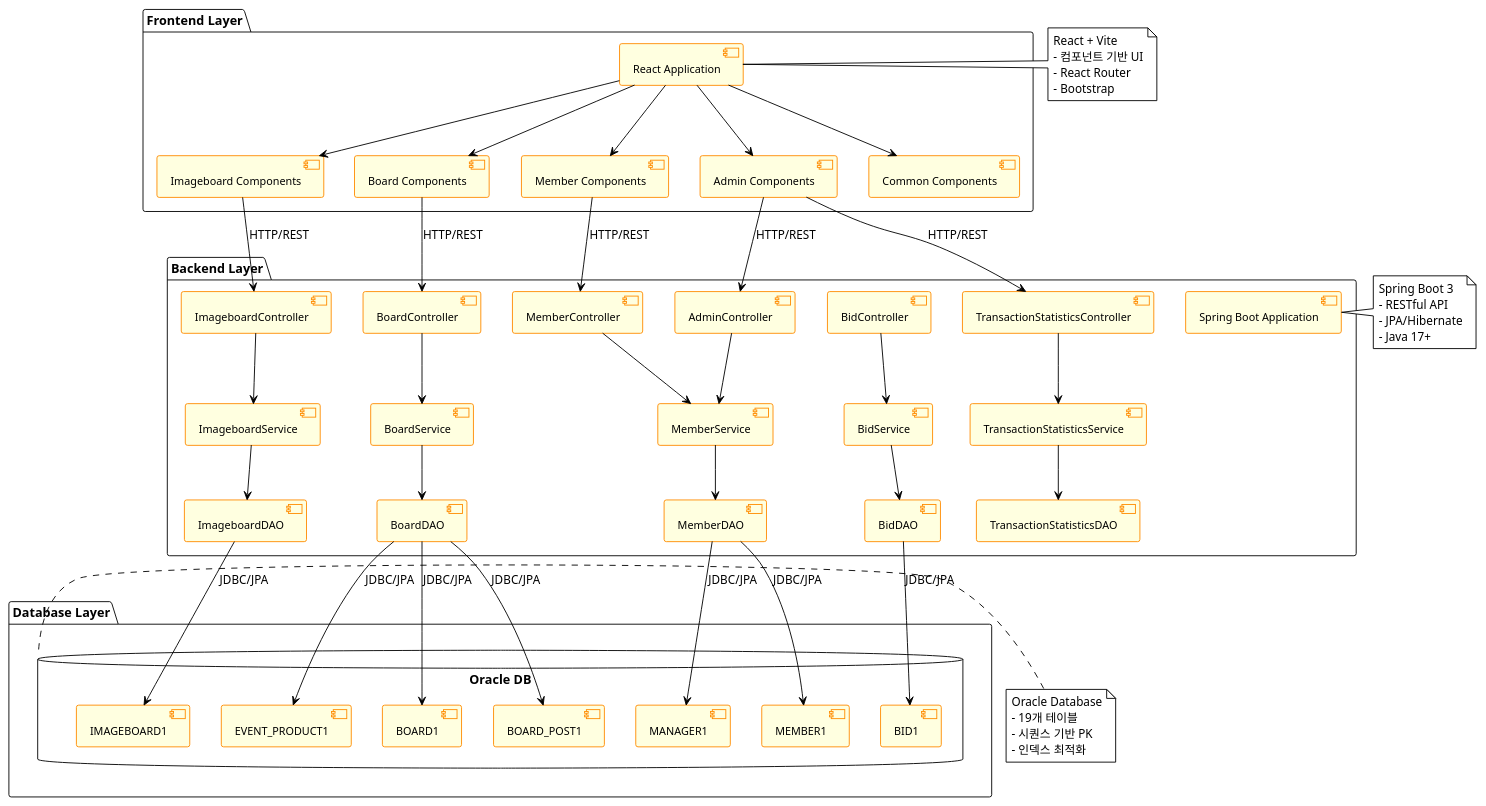
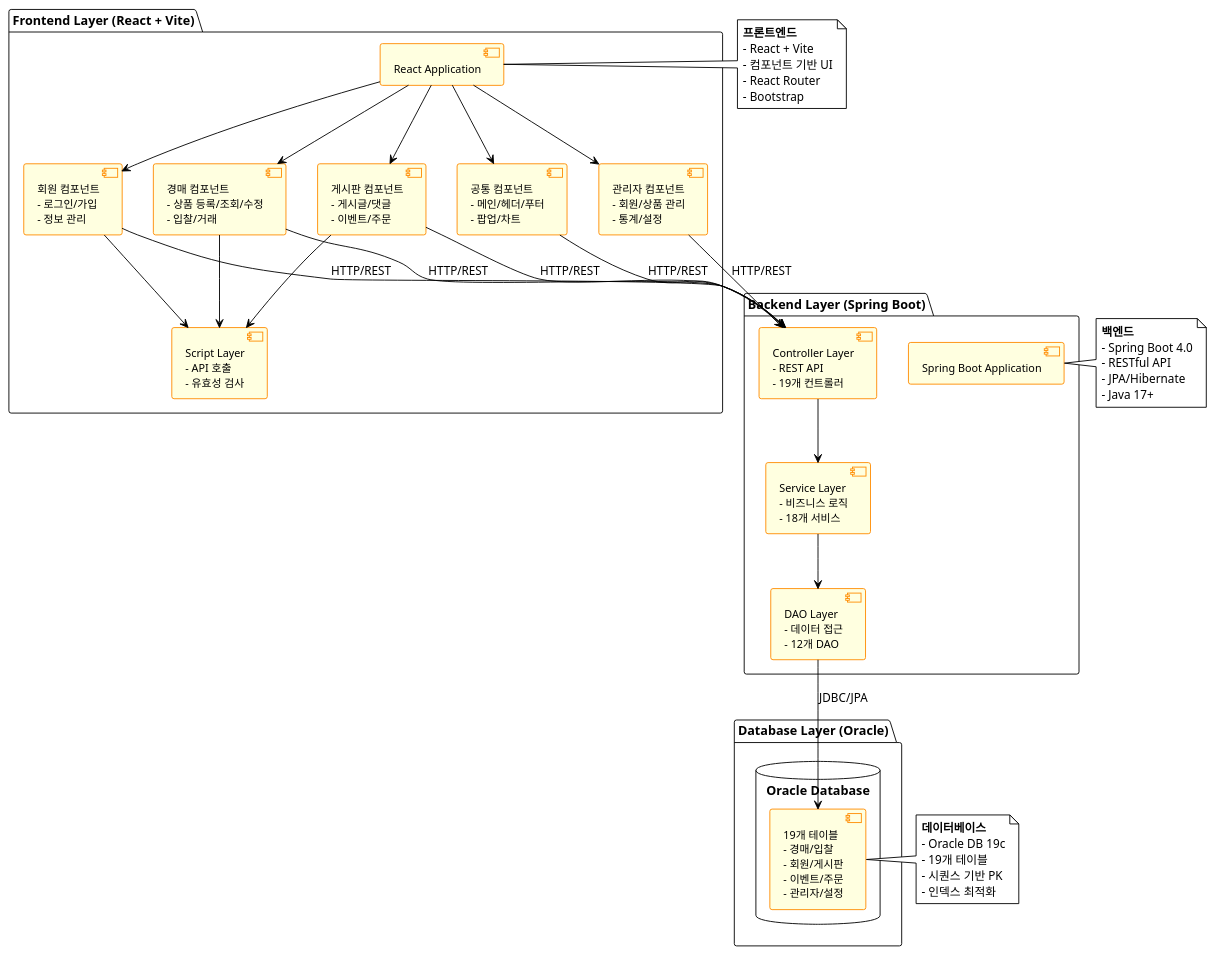
Before and after one commit to snlee1004/goldauction: the diagram in UML/component_diagram.puml, drawn with PlantUML. The commit also changed other lines of this file and 27 other files, not shown here.

```diff
--- a/UML/component_diagram.puml
+++ b/UML/component_diagram.puml
@@ -1,112 +1,79 @@
 @startuml 컴포넌트_다이어그램_시스템_아키텍처
 !theme plain
 skinparam defaultFontName "Malgun Gothic"
 skinparam component {
     BackgroundColor LightYellow
     BorderColor DarkOrange
     FontSize 12
 }
 
-package "Frontend Layer" {
+package "Frontend Layer (React + Vite)" {
     [React Application] as ReactApp
-    component [Imageboard Components] as ImageboardComp
-    component [Member Components] as MemberComp
-    component [Board Components] as BoardComp
-    component [Admin Components] as AdminComp
-    component [Common Components] as CommonComp
+    component [경매 컴포넌트\n- 상품 등록/조회/수정\n- 입찰/거래] as ImageboardComp
+    component [회원 컴포넌트\n- 로그인/가입\n- 정보 관리] as MemberComp
+    component [게시판 컴포넌트\n- 게시글/댓글\n- 이벤트/주문] as BoardComp
+    component [관리자 컴포넌트\n- 회원/상품 관리\n- 통계/설정] as ManagerComp
+    component [공통 컴포넌트\n- 메인/헤더/푸터\n- 팝업/차트] as CommonComp
+    component [Script Layer\n- API 호출\n- 유효성 검사] as ScriptComp
 }
 
-package "Backend Layer" {
+package "Backend Layer (Spring Boot)" {
     [Spring Boot Application] as SpringApp
-    component [ImageboardController] as ImageboardCtrl
-    component [MemberController] as MemberCtrl
-    component [BoardController] as BoardCtrl
-    component [BidController] as BidCtrl
-    component [AdminController] as AdminCtrl
-    component [TransactionStatisticsController] as StatsCtrl
-    
-    component [ImageboardService] as ImageboardSvc
-    component [MemberService] as MemberSvc
-    component [BoardService] as BoardSvc
-    component [BidService] as BidSvc
-    component [TransactionStatisticsService] as StatsSvc
-    
-    component [ImageboardDAO] as ImageboardDAO
-    component [MemberDAO] as MemberDAO
-    component [BoardDAO] as BoardDAO
-    component [BidDAO] as BidDAO
-    component [TransactionStatisticsDAO] as StatsDAO
+    component [Controller Layer\n- REST API\n- 19개 컨트롤러] as ControllerLayer
+    component [Service Layer\n- 비즈니스 로직\n- 18개 서비스] as ServiceLayer
+    component [DAO Layer\n- 데이터 접근\n- 12개 DAO] as DAOLayer
 }
 
-package "Database Layer" {
-    database "Oracle DB" {
-        [IMAGEBOARD1] as ImageboardTable
-        [BID1] as BidTable
-        [MEMBER1] as MemberTable
-        [BOARD1] as BoardTable
-        [BOARD_POST1] as BoardPostTable
-        [EVENT_PRODUCT1] as EventProductTable
-        [MANAGER1] as ManagerTable
+package "Database Layer (Oracle)" {
+    database "Oracle Database" {
+        [19개 테이블\n- 경매/입찰\n- 회원/게시판\n- 이벤트/주문\n- 관리자/설정] as OracleDB
     }
 }
 
 ' Frontend 연결
 ReactApp --> ImageboardComp
 ReactApp --> MemberComp
 ReactApp --> BoardComp
-ReactApp --> AdminComp
+ReactApp --> ManagerComp
 ReactApp --> CommonComp
+ImageboardComp --> ScriptComp
+MemberComp --> ScriptComp
+BoardComp --> ScriptComp
 
 ' Frontend to Backend
-ImageboardComp --> ImageboardCtrl : HTTP/REST
-MemberComp --> MemberCtrl : HTTP/REST
-BoardComp --> BoardCtrl : HTTP/REST
-AdminComp --> AdminCtrl : HTTP/REST
-AdminComp --> StatsCtrl : HTTP/REST
+ImageboardComp --> ControllerLayer : HTTP/REST
+MemberComp --> ControllerLayer : HTTP/REST
+BoardComp --> ControllerLayer : HTTP/REST
+ManagerComp --> ControllerLayer : HTTP/REST
+CommonComp --> ControllerLayer : HTTP/REST
 
-' Controller to Service
-ImageboardCtrl --> ImageboardSvc
-MemberCtrl --> MemberSvc
-BoardCtrl --> BoardSvc
-BidCtrl --> BidSvc
-AdminCtrl --> MemberSvc
-StatsCtrl --> StatsSvc
-
-' Service to DAO
-ImageboardSvc --> ImageboardDAO
-MemberSvc --> MemberDAO
-BoardSvc --> BoardDAO
-BidSvc --> BidDAO
-StatsSvc --> StatsDAO
-
-' DAO to Database
-ImageboardDAO --> ImageboardTable : JDBC/JPA
-BidDAO --> BidTable : JDBC/JPA
-MemberDAO --> MemberTable : JDBC/JPA
-BoardDAO --> BoardTable : JDBC/JPA
-BoardDAO --> BoardPostTable : JDBC/JPA
-BoardDAO --> EventProductTable : JDBC/JPA
-MemberDAO --> ManagerTable : JDBC/JPA
+' Backend 내부 연결
+ControllerLayer --> ServiceLayer
+ServiceLayer --> DAOLayer
+DAOLayer --> OracleDB : JDBC/JPA
 
 note right of ReactApp
-  React + Vite
+  **프론트엔드**
+  - React + Vite
   - 컴포넌트 기반 UI
   - React Router
   - Bootstrap
 end note
 
 note right of SpringApp
-  Spring Boot 3
+  **백엔드**
+  - Spring Boot 4.0
   - RESTful API
   - JPA/Hibernate
   - Java 17+
 end note
 
-note right of "Oracle DB"
-  Oracle Database
+note right of OracleDB
+  **데이터베이스**
+  - Oracle DB 19c
   - 19개 테이블
   - 시퀀스 기반 PK
   - 인덱스 최적화
 end note
 
 @enduml
```
